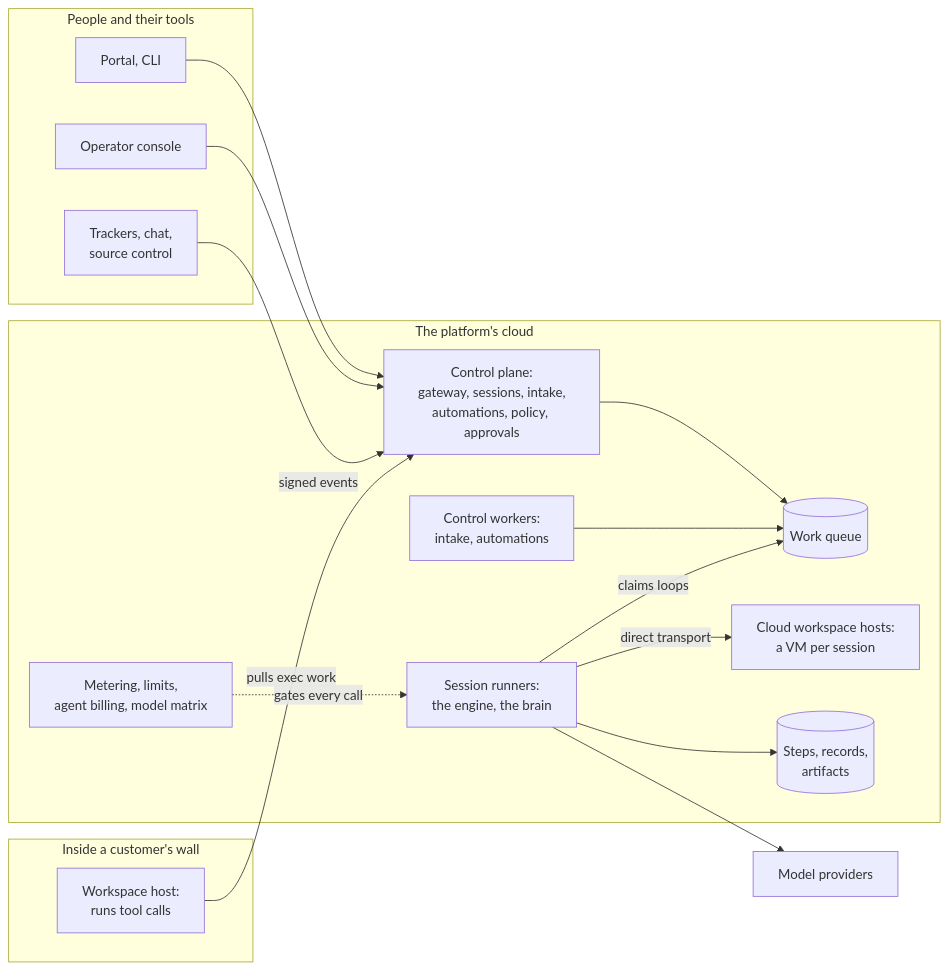
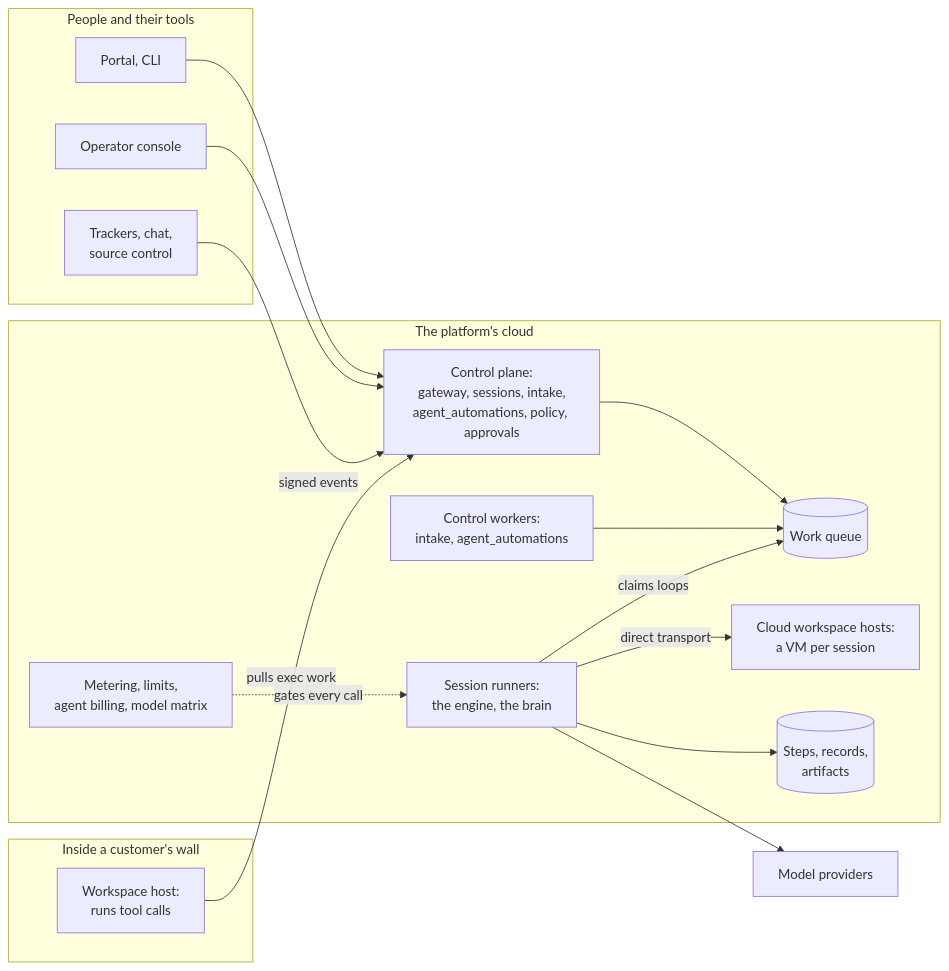
The diagram in distro_gentic_spec.md (baristaze/distro_gentic), drawn with Mermaid before and after one commit. The commit also changed other lines of this file and 168 other files, not shown here.

````diff
--- a/distro_gentic_spec.md
+++ b/distro_gentic_spec.md
@@ -144,33 +144,33 @@
 ```mermaid
 flowchart LR
     subgraph Outside [People and their tools]
         Apps[Portal, CLI]
         Ops[Operator console]
         Ext[Trackers, chat,<br/>source control]
     end
     subgraph Cloud [The platform's cloud]
-        CP[Control plane:<br/>gateway, sessions, intake,<br/>automations, policy, approvals]
-        CW[Control workers:<br/>intake, automations]
+        CP[Control plane:<br/>gateway, sessions, intake,<br/>agent_automations, policy, approvals]
+        CW[Control workers:<br/>intake, agent_automations]
         Q[(Work queue)]
         SR[Session runners:<br/>the engine, the brain]
         CWS[Cloud workspace hosts:<br/>a VM per session]
         Rec[(Steps, records,<br/>artifacts)]
         Money[Metering, limits,<br/>agent billing, model matrix]
     end
     subgraph Wall [Inside a customer's wall]
         WH[Workspace host:<br/>runs tool calls]
     end
     LLM[Model providers]
 
     Apps --> CP
     Ops --> CP
     Ext -->|signed events| CP
     CP --> Q
     CW --> Q
     SR -->|claims loops| Q
     SR -->|direct transport| CWS
     WH -->|pulls exec work| CP
     SR --> LLM
     SR --> Rec
     Money -.->|gates every call| SR
 ```
````
